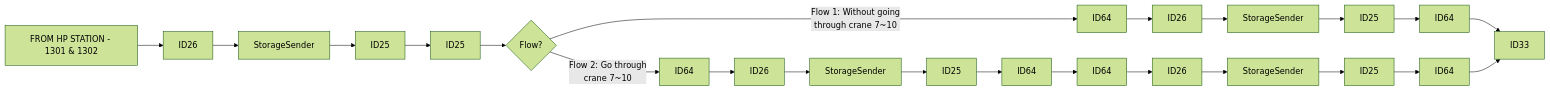
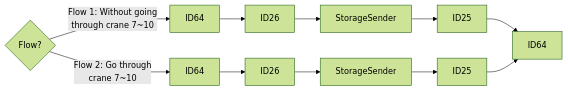
Before and after one commit to luthfiadityaa/SimeDarby-Wiki: the second of 24 diagrams in Basic-Design/DFD-WMS/Storage/Unplanned-Storage/Unplanned-Storage-from-HP.md, drawn with Mermaid (forest theme). The commit also changed other lines of this file, not shown here.

Commit message:
Updated Unplanned Storage from HP

```diff
--- a/Basic-Design/DFD-WMS/Storage/Unplanned-Storage/Unplanned-Storage-from-HP.md
+++ b/Basic-Design/DFD-WMS/Storage/Unplanned-Storage/Unplanned-Storage-from-HP.md
@@ -18,15 +17,11 @@
 ::: mermaid
 flowchart LR
   
-P1[FROM HP STATION - 1301 & 1302]-->P2[ID26]-->P3[StorageSender]-->P4[ID25]-->P7[ID25]
-P7[ID25]-->Cond1{Flow?} 
+Cond1{Flow?} 
 Cond1 --> |Flow 1: Without going 
 through crane 7~10| P8[ID64]
 Cond1 --> |Flow 2: Go through 
 crane 7~10| P9[ID64]
-P8[ID64]-->P10[ID26]-->P11[StorageSender]-->P12[ID25]-->P13[ID64]
-P9[ID64]-->P15[ID26]-->P16[StorageSender]-->P17[ID25]-->P18[ID64]-->P19[ID64]-->P20[ID26]-->P21[StorageSender]-->P22[ID25]-->P23[ID64]
-
-P13[ID64]-->P14[ID33]
-P23[ID64]-->P14[ID33]
+P8[ID64]-->P10[ID26]-->P11[StorageSender]-->P12[ID25]-->P18[ID64]
+P9[ID64]-->P15[ID26]-->P16[StorageSender]-->P17[ID25]-->P18[ID64]
 :::
```
